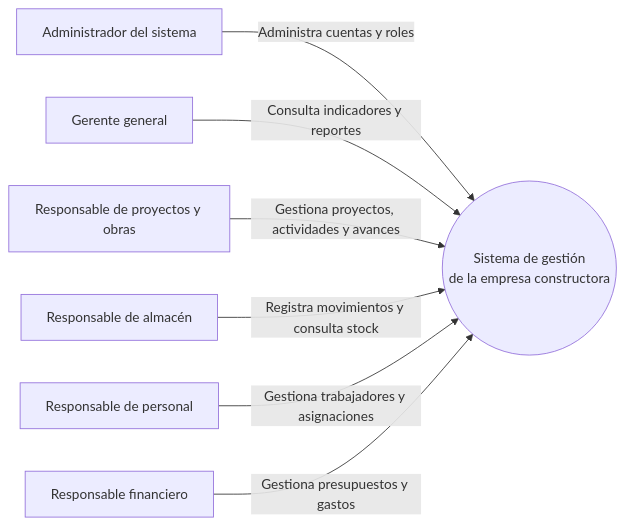
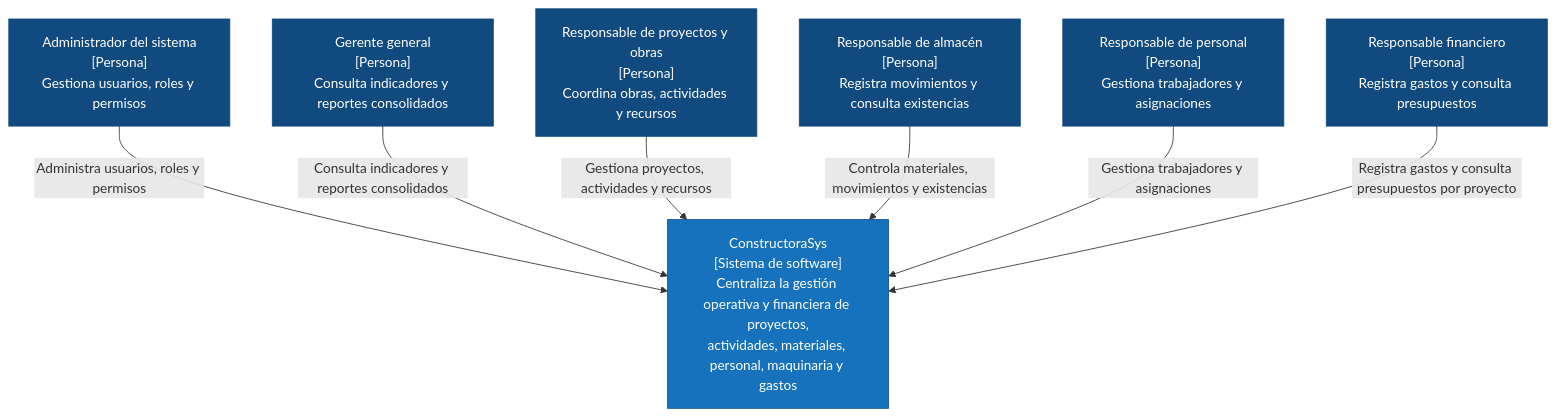
The diagram in img/fuentes/nivel1-contexto.mmd (dostinarroyo/Constructora-arquitSoft-02-Dostin_Arroyo), drawn with Mermaid before and after one commit. The commit also changed 3 other files, not shown here.

Commit message:
docs: actualizar diagrama de contexto del sistema

```diff
--- a/img/fuentes/nivel1-contexto.mmd
+++ b/img/fuentes/nivel1-contexto.mmd
@@ -1,16 +1,21 @@
-flowchart LR
-    admin["Administrador del sistema"]
-    gerencia["Gerente general"]
-    proyectos["Responsable de proyectos y obras"]
-    almacen["Responsable de almacén"]
-    personal["Responsable de personal"]
-    finanzas["Responsable financiero"]
+flowchart TB
+    admin["Administrador del sistema<br/>[Persona]<br/>Gestiona usuarios, roles y permisos"]
+    gerencia["Gerente general<br/>[Persona]<br/>Consulta indicadores y reportes consolidados"]
+    proyectos["Responsable de proyectos y obras<br/>[Persona]<br/>Coordina obras, actividades y recursos"]
+    almacen["Responsable de almacén<br/>[Persona]<br/>Registra movimientos y consulta existencias"]
+    personal["Responsable de personal<br/>[Persona]<br/>Gestiona trabajadores y asignaciones"]
+    finanzas["Responsable financiero<br/>[Persona]<br/>Registra gastos y consulta presupuestos"]
 
-    sistema(("Sistema de gestión<br/>de la empresa constructora"))
+    sistema["ConstructoraSys<br/>[Sistema de software]<br/>Centraliza la gestión operativa y financiera de proyectos,<br/>actividades, materiales, personal, maquinaria y gastos"]
 
-    admin -->|"Administra cuentas y roles"| sistema
-    gerencia -->|"Consulta indicadores y reportes"| sistema
-    proyectos -->|"Gestiona proyectos, actividades y avances"| sistema
-    almacen -->|"Registra movimientos y consulta stock"| sistema
+    admin -->|"Administra usuarios, roles y permisos"| sistema
+    gerencia -->|"Consulta indicadores y reportes consolidados"| sistema
+    proyectos -->|"Gestiona proyectos, actividades y recursos"| sistema
+    almacen -->|"Controla materiales, movimientos y existencias"| sistema
     personal -->|"Gestiona trabajadores y asignaciones"| sistema
-    finanzas -->|"Gestiona presupuestos y gastos"| sistema
+    finanzas -->|"Registra gastos y consulta presupuestos por proyecto"| sistema
+
+    classDef person fill:#104A7E,color:#ffffff,stroke:#104A7E
+    classDef software fill:#1672BD,color:#ffffff,stroke:#0B5594
+    class admin,gerencia,proyectos,almacen,personal,finanzas person
+    class sistema software
```
